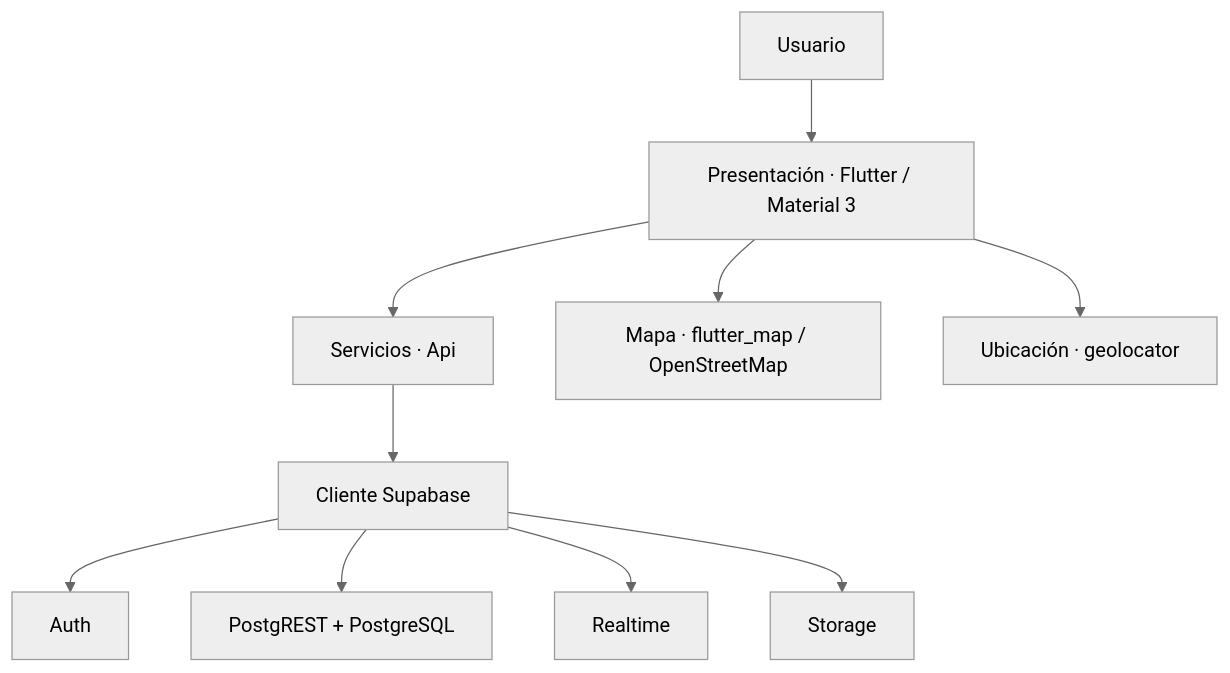
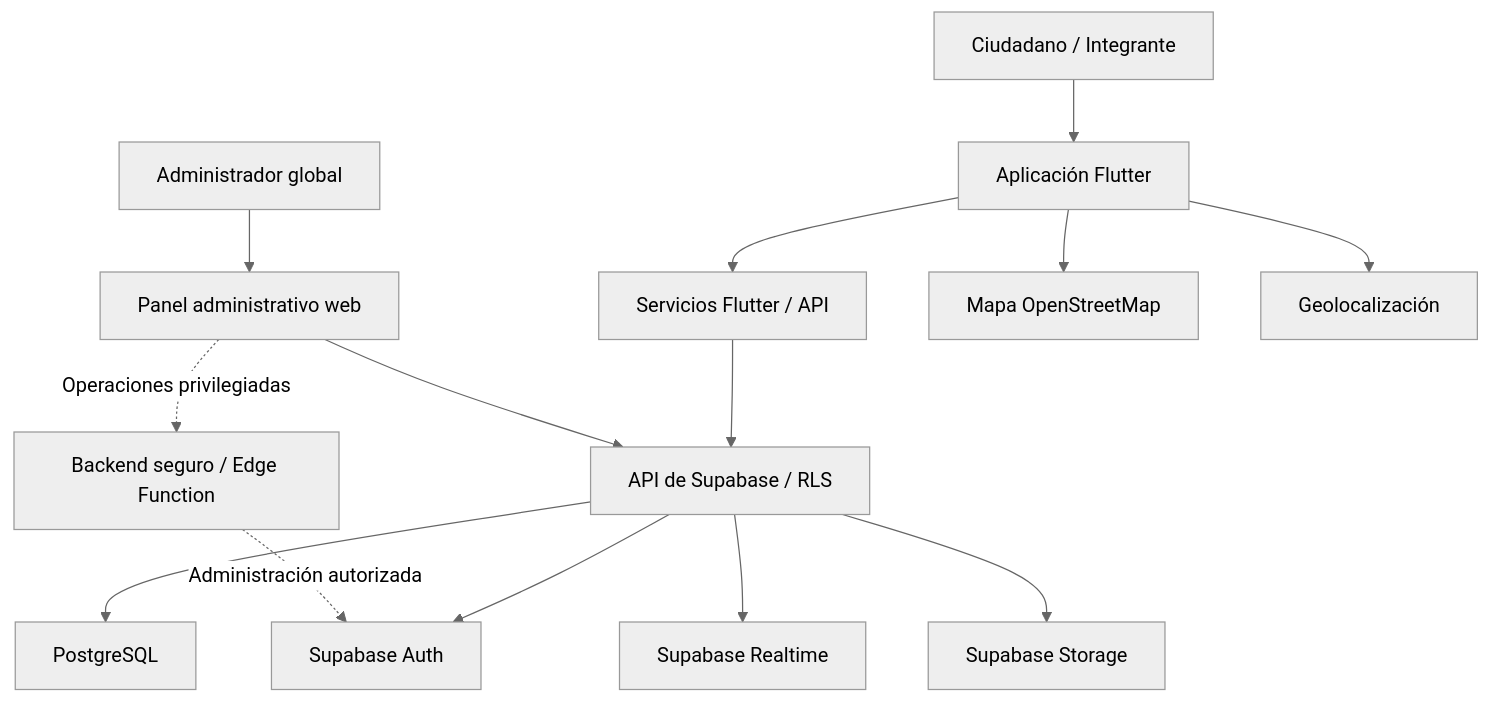
The first of 2 diagrams in README.md (se-quilodranr/App-Eco-Brigada-Capstone), drawn with Mermaid (neutral theme) before and after one commit. The commit also changed other lines of this file, not shown here.

````diff
--- a/README.md
+++ b/README.md
@@ -263,12 +567,20 @@
 ```mermaid
 flowchart TD
-    U["Usuario"] --> P["Presentación · Flutter / Material 3"]
-    P --> S["Servicios · Api"]
-    P --> M["Mapa · flutter_map / OpenStreetMap"]
-    P --> G["Ubicación · geolocator"]
-    S --> B["Cliente Supabase"]
-    B --> A["Auth"]
-    B --> D["PostgREST + PostgreSQL"]
-    B --> R["Realtime"]
-    B --> F["Storage"]
+    U["Ciudadano / Integrante"] --> P["Aplicación Flutter"]
+    AD["Administrador global"] --> W["Panel administrativo web"]
+
+    P --> S["Servicios Flutter / API"]
+    P --> M["Mapa OpenStreetMap"]
+    P --> G["Geolocalización"]
+
+    S --> B["API de Supabase / RLS"]
+    W --> B
+
+    B --> A["Supabase Auth"]
+    B --> D["PostgreSQL"]
+    B --> R["Supabase Realtime"]
+    B --> F["Supabase Storage"]
+
+    W -. "Operaciones privilegiadas" .-> SEC["Backend seguro / Edge Function"]
+    SEC -. "Administración autorizada" .-> A
 ```
````
